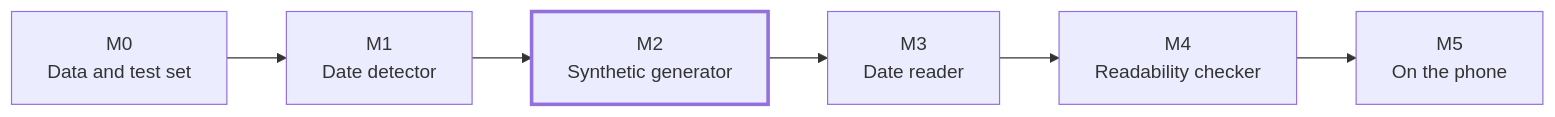
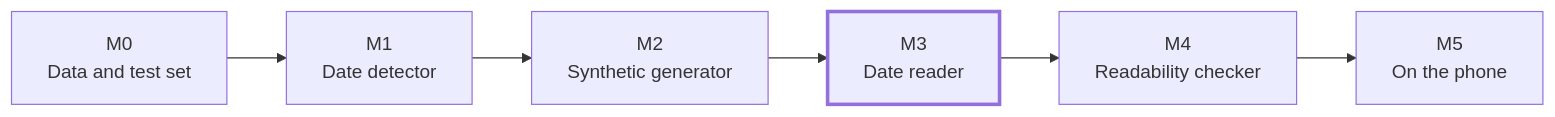
The fourth of 4 diagrams in README.md (aayushroopchandani/bestbefore), drawn with Mermaid before and after one commit. The commit also changed other lines of this file, not shown here.

````diff
--- a/README.md
+++ b/README.md
@@ -142,9 +142,9 @@
 ```mermaid
 flowchart LR
     M0["M0<br/>Data and test set"] --> M1["M1<br/>Date detector"]
-    M1 --> M2["M2<br/>Synthetic generator"]:::now
-    M2 --> M3["M3<br/>Date reader"]
+    M1 --> M2["M2<br/>Synthetic generator"]
+    M2 --> M3["M3<br/>Date reader"]:::now
     M3 --> M4["M4<br/>Readability checker"]
     M4 --> M5["M5<br/>On the phone"]
     classDef now stroke-width:3px
 ```
````
